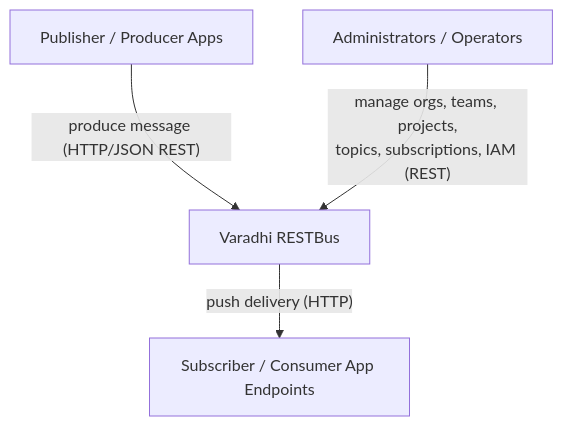
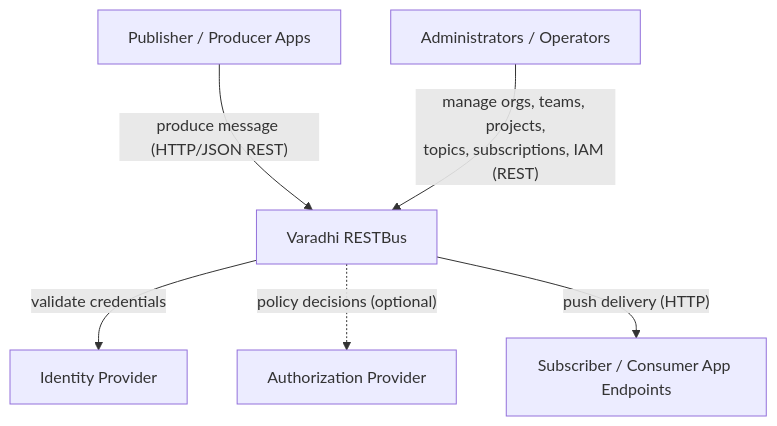
One commit to flipkart-incubator/varadhi changed the diagram in docs/system-context.md. Above: the diagram before and after it, drawn with Mermaid. The commit also changed other lines of this file and 1 other file, not shown here.

````diff
--- a/docs/system-context.md
+++ b/docs/system-context.md
@@ -199,12 +188,15 @@
 ```mermaid
 flowchart TD
     Producer[Publisher / Producer Apps]
     Admin[Administrators / Operators]
 
     Producer -- "produce message (HTTP/JSON REST)" --> Varadhi
     Admin -- "manage orgs, teams, projects,<br/>topics, subscriptions, IAM (REST)" --> Varadhi
 
     Varadhi[Varadhi RESTBus]
 
+    Varadhi -- "validate credentials" --> ext.identity-provider[Identity Provider]
+    Varadhi -. "policy decisions (optional)" .-> ext.authorization-provider[Authorization Provider]
+
     Varadhi -- "push delivery (HTTP)" --> Subscriber[Subscriber / Consumer App Endpoints]
 ```
````
